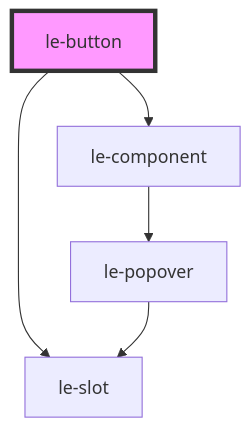
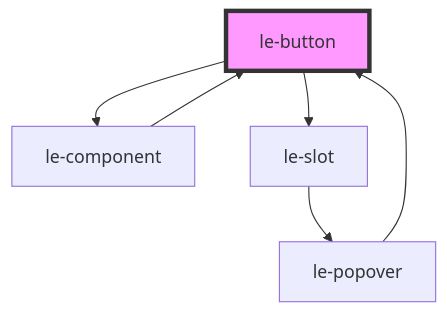
The diagram in src/components/le-button/readme.md (leechy/le-kit), drawn with Mermaid before and after one commit. The commit also changed other lines of this file and 9 other files, not shown here.

First line of the commit message:
feat(le-slot): add component picker for slot dropzones

````diff
--- a/src/components/le-button/readme.md
+++ b/src/components/le-button/readme.md
@@ -130,8 +135,9 @@
 ```mermaid
 graph TD;
   le-button --> le-component
   le-button --> le-slot
-  le-component --> le-popover
-  le-popover --> le-slot
+  le-component --> le-button
+  le-popover --> le-button
+  le-slot --> le-popover
   style le-button fill:#f9f,stroke:#333,stroke-width:4px
 ```
````
